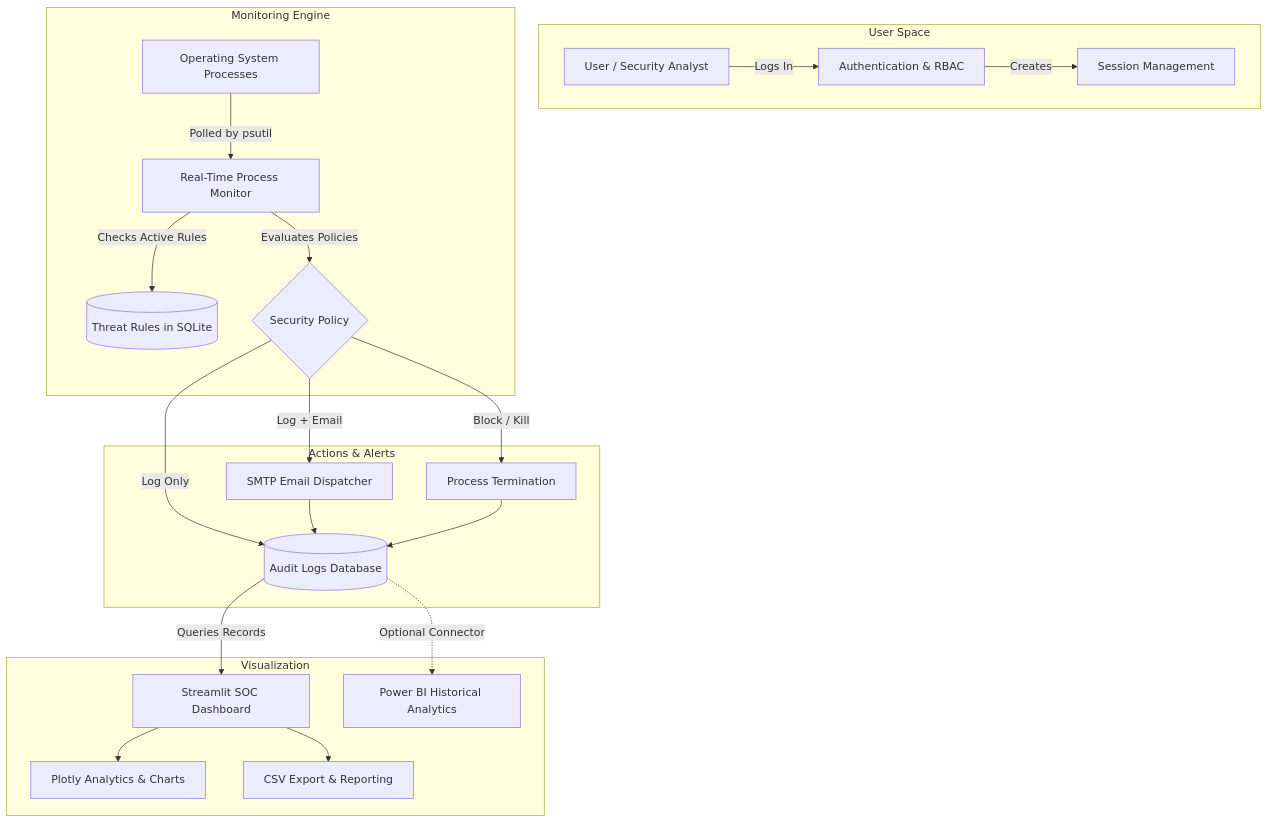
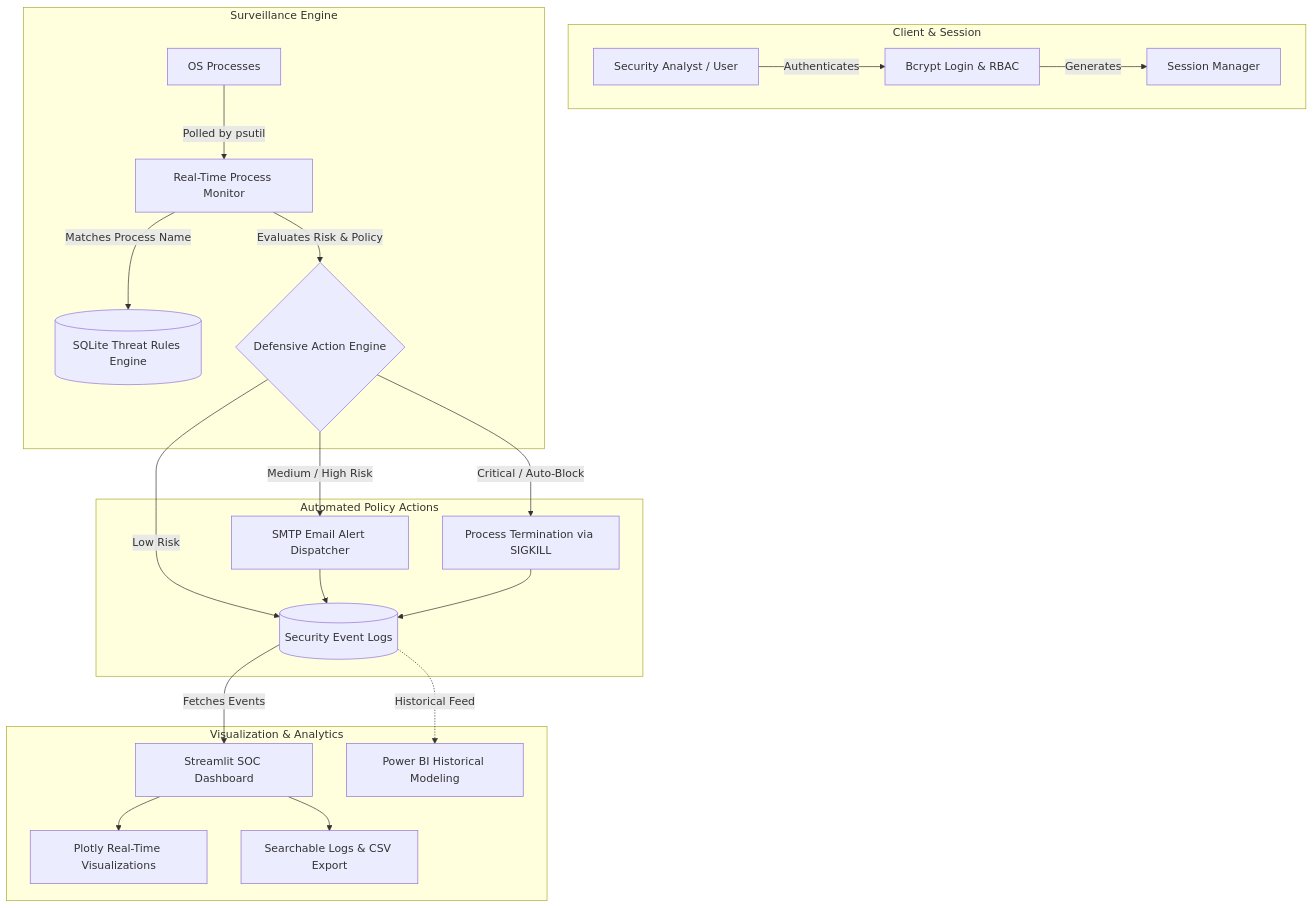
One commit to tanishqzope/Dark-Web-Threat-Monitoring-System changed the diagram in README.md. Above: the diagram before and after it, drawn with Mermaid. The commit also changed other lines of this file and 40 other files, not shown here.

````diff
--- a/README.md
+++ b/README.md
@@ -30,28 +32,28 @@
 ```mermaid
 flowchart TD
-    subgraph User Space
-        A[User / Security Analyst] -->|Logs In| B[Authentication & RBAC]
-        B -->|Creates| C[Session Management]
+    subgraph Client & Session
+        A[Security Analyst / User] -->|Authenticates| B[Bcrypt Login & RBAC]
+        B -->|Generates| C[Session Manager]
     end
 
-    subgraph Monitoring Engine
-        D[Operating System Processes] -->|Polled by psutil| E[Real-Time Process Monitor]
-        E -->|Checks Active Rules| F[(Threat Rules in SQLite)]
-        E -->|Evaluates Policies| G{Security Policy}
+    subgraph Surveillance Engine
+        D[OS Processes] -->|Polled by psutil| E[Real-Time Process Monitor]
+        E -->|Matches Process Name| F[(SQLite Threat Rules Engine)]
+        E -->|Evaluates Risk & Policy| G{Defensive Action Engine}
     end
 
-    subgraph Actions & Alerts
-        G -->|Log Only| H[(Audit Logs Database)]
-        G -->|Log + Email| I[SMTP Email Dispatcher]
-        G -->|Block / Kill| J[Process Termination]
+    subgraph Automated Policy Actions
+        G -->|Low Risk| H[(Security Event Logs)]
+        G -->|Medium / High Risk| I[SMTP Email Alert Dispatcher]
+        G -->|Critical / Auto-Block| J[Process Termination via SIGKILL]
         I --> H
         J --> H
     end
 
-    subgraph Visualization
-        H -->|Queries Records| K[Streamlit SOC Dashboard]
-        K --> L[Plotly Analytics & Charts]
-        K --> M[CSV Export & Reporting]
-        H -.->|Optional Connector| N[Power BI Historical Analytics]
+    subgraph Visualization & Analytics
+        H -->|Fetches Events| K[Streamlit SOC Dashboard]
+        K --> L[Plotly Real-Time Visualizations]
+        K --> M[Searchable Logs & CSV Export]
+        H -.->|Historical Feed| N[Power BI Historical Modeling]
     end
 ```
````
